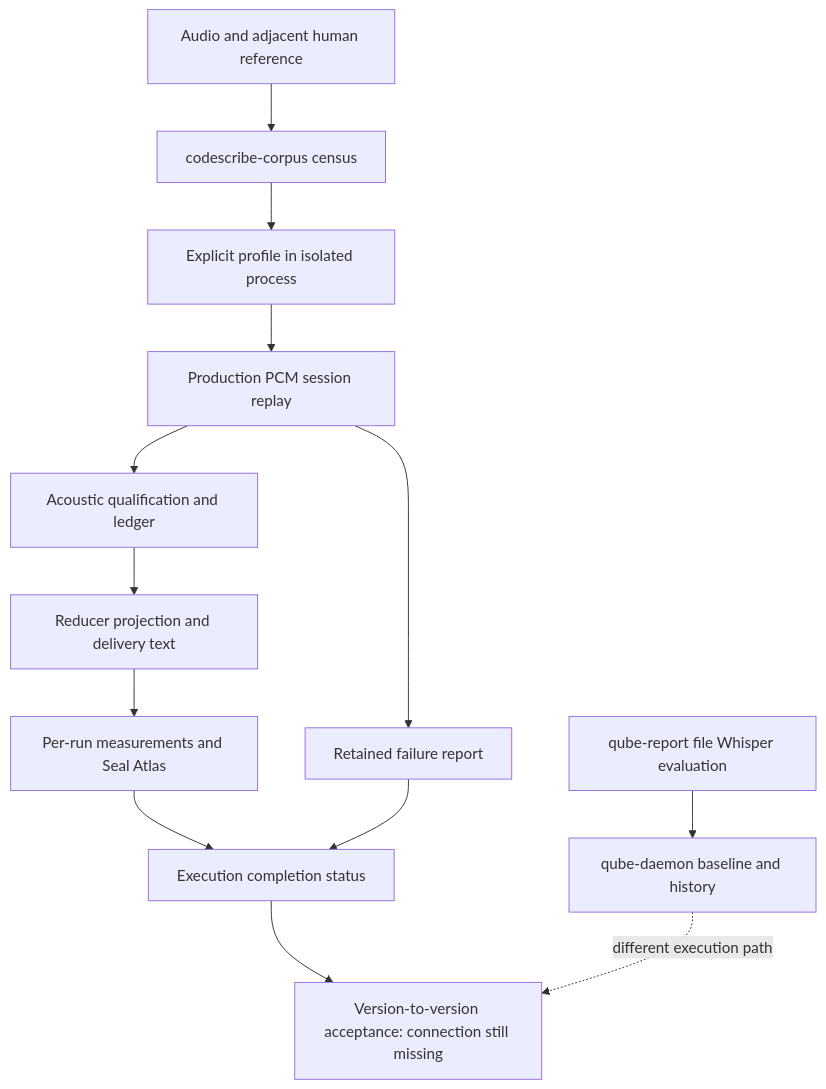
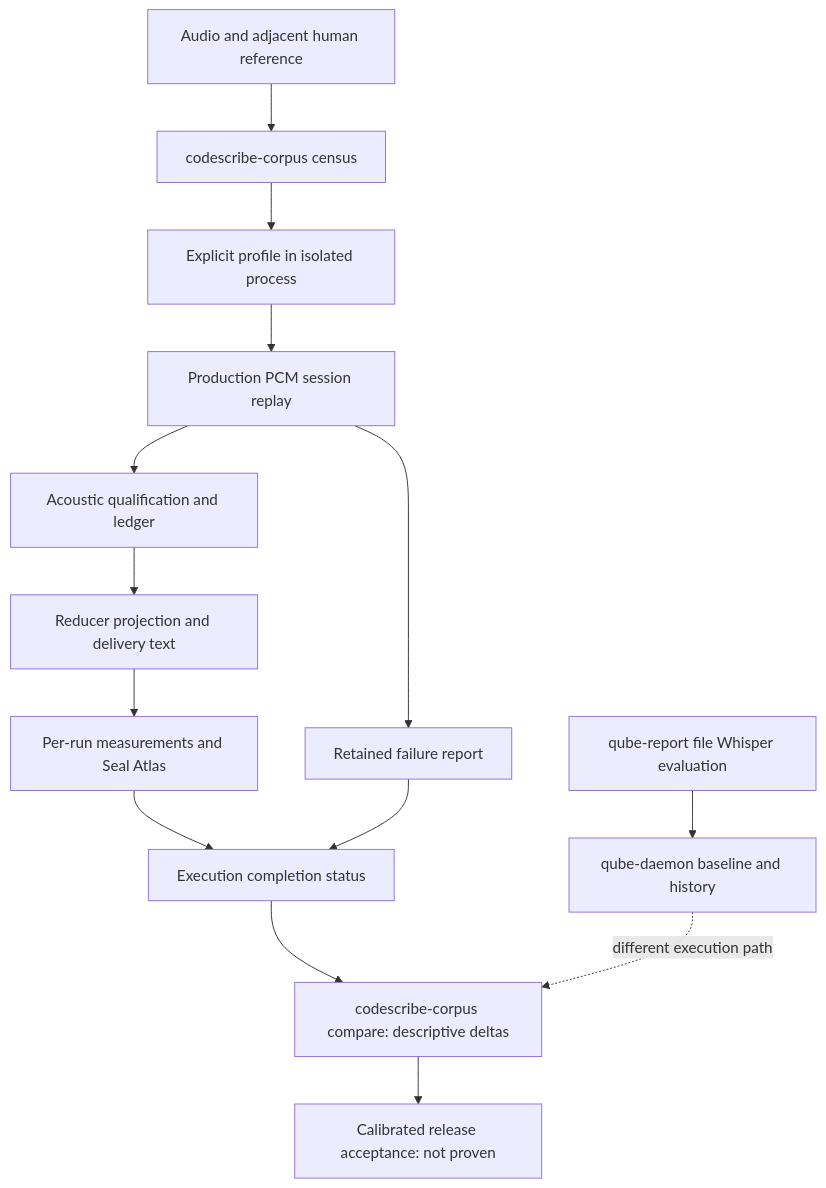
Before and after one commit to vetcoders/codescribe: the diagram in docs/quality-reports/REPEATABLE_ACCEPTANCE.md, drawn with Mermaid. The commit also changed other lines of this file and 1 other file, not shown here.

First line of the commit message:
[codex/vc-implement] feat(corpus): compare retained profile measurements

````diff
--- a/docs/quality-reports/REPEATABLE_ACCEPTANCE.md
+++ b/docs/quality-reports/REPEATABLE_ACCEPTANCE.md
@@ -12,15 +12,16 @@
 ```mermaid
 flowchart TD
     A[Audio and adjacent human reference] --> B[codescribe-corpus census]
     B --> C[Explicit profile in isolated process]
     C --> D[Production PCM session replay]
     D --> E[Acoustic qualification and ledger]
     E --> F[Reducer projection and delivery text]
     F --> G[Per-run measurements and Seal Atlas]
     D --> X[Retained failure report]
     G --> H[Execution completion status]
     X --> H
-    H --> I[Version-to-version acceptance: connection still missing]
+    H --> I[codescribe-corpus compare: descriptive deltas]
+    I --> R[Calibrated release acceptance: not proven]
     J[qube-report file Whisper evaluation] --> K[qube-daemon baseline and history]
     K -. different execution path .-> I
 ```
````
